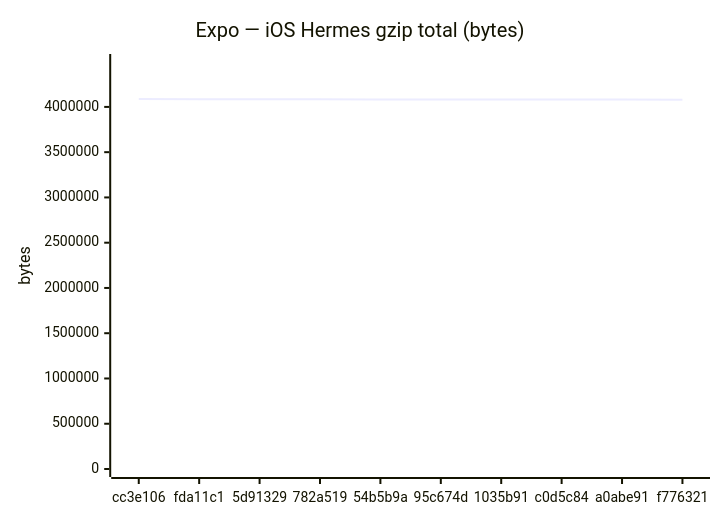
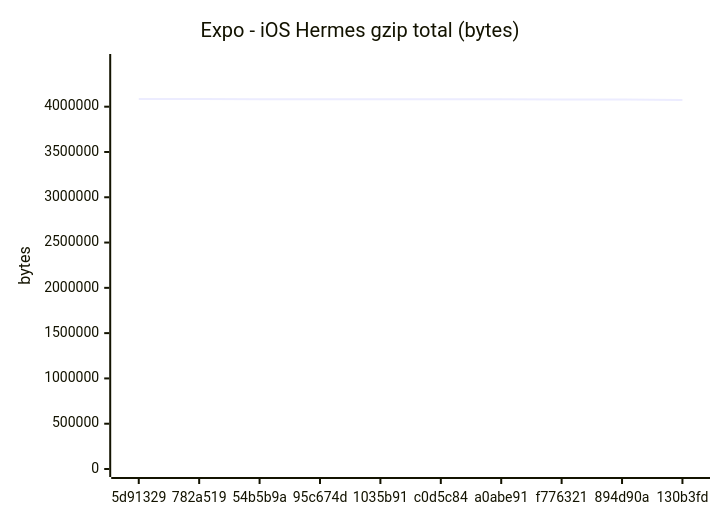
Before and after one commit to Metaheurist/Rianell: the sixth of 18 diagrams in benchmarks/compare.md, drawn with Mermaid. The commit also changed other lines of this file and 294 other files, not shown here.

````diff
--- a/benchmarks/compare.md
+++ b/benchmarks/compare.md
@@ -96,7 +96,7 @@
 ```mermaid
 xychart-beta
-    title "Expo — iOS Hermes gzip total (bytes)"
-    x-axis ["cc3e106", "fda11c1", "5d91329", "782a519", "54b5b9a", "95c674d", "1035b91", "c0d5c84", "a0abe91", "f776321"]
-    y-axis "bytes" 0 --> 4496154
-    line [4087412, 4084812, 4084805, 4084677, 4082348, 4083105, 4083108, 4083106, 4083107, 4079675]
+    title "Expo - iOS Hermes gzip total (bytes)"
+    x-axis ["5d91329", "782a519", "54b5b9a", "95c674d", "1035b91", "c0d5c84", "a0abe91", "f776321", "894d90a", "130b3fd"]
+    y-axis "bytes" 0 --> 4493286
+    line [4084805, 4084677, 4082348, 4083105, 4083108, 4083106, 4083107, 4079675, 4079243, 4074172]
 ```
````
